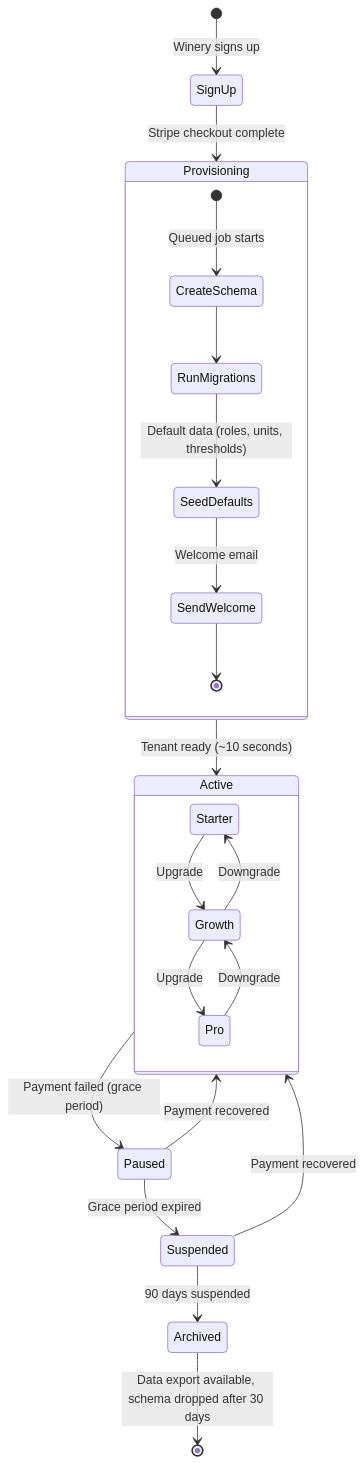
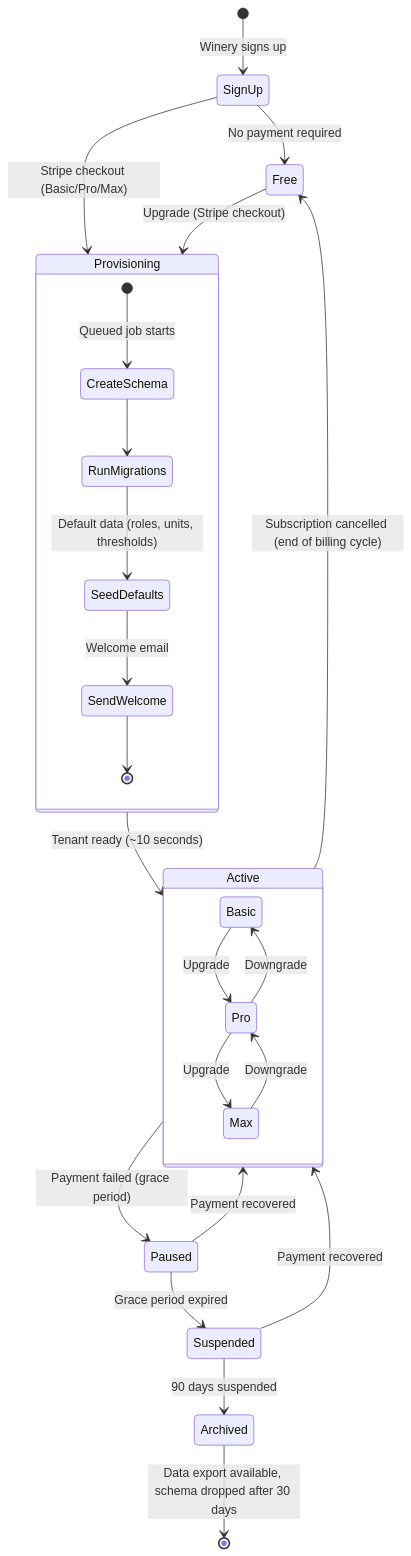
One commit to KoldenAxelson/VineSuite changed the diagram in docs/diagrams/tenant-lifecycle.mermaid. Above: the diagram before and after it, drawn with Mermaid. The commit also changed 38 other files, not shown here.

```diff
--- a/docs/diagrams/tenant-lifecycle.mermaid
+++ b/docs/diagrams/tenant-lifecycle.mermaid
@@ -1,27 +1,30 @@
 stateDiagram-v2
     [*] --> SignUp: Winery signs up
-    SignUp --> Provisioning: Stripe checkout complete
+    SignUp --> Free: No payment required
+    SignUp --> Provisioning: Stripe checkout (Basic/Pro/Max)
 
     state Provisioning {
         [*] --> CreateSchema: Queued job starts
         CreateSchema --> RunMigrations
         RunMigrations --> SeedDefaults: Default data (roles, units, thresholds)
         SeedDefaults --> SendWelcome: Welcome email
         SendWelcome --> [*]
     }
 
+    Free --> Provisioning: Upgrade (Stripe checkout)
     Provisioning --> Active: Tenant ready (~10 seconds)
 
     state Active {
-        Starter --> Growth: Upgrade
-        Growth --> Pro: Upgrade
-        Pro --> Growth: Downgrade
-        Growth --> Starter: Downgrade
+        Basic --> Pro: Upgrade
+        Pro --> Max: Upgrade
+        Max --> Pro: Downgrade
+        Pro --> Basic: Downgrade
     }
 
     Active --> Paused: Payment failed (grace period)
     Paused --> Active: Payment recovered
     Paused --> Suspended: Grace period expired
     Suspended --> Active: Payment recovered
     Suspended --> Archived: 90 days suspended
+    Active --> Free: Subscription cancelled (end of billing cycle)
     Archived --> [*]: Data export available, schema dropped after 30 days
```
